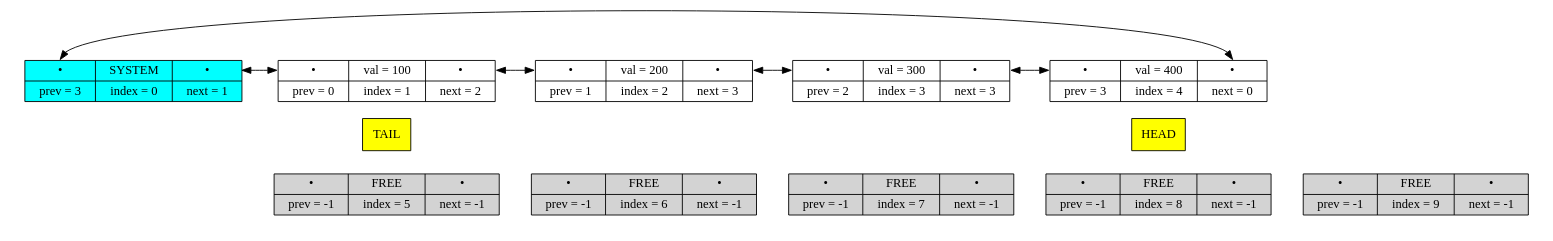
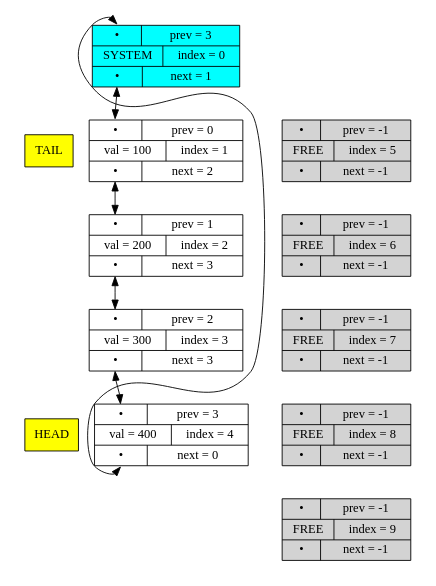
The diagram in g2.dot (T04-ka/LIST), drawn with Graphviz before and after one commit. The commit also changed 8 other files, not shown here.

```diff
--- a/g2.dot
+++ b/g2.dot
@@ -1,52 +1,52 @@
 
 digraph G {
 
-    rankdir = LR;
+    rankdir = TB;
     splines = true;
 
     subgraph cluster_occupied {
 
         style=invis;
 
         node0 [shape=record, style=filled, fillcolor="cyan", height=.1, label="{ { <prev> • | prev = 3} | {SYSTEM | index = 0} | { <next> • | next = 1} }"];
         node1 [shape=record, height=.1, label="{ { <prev> • | prev = 0} | {val = 100 | index = 1} | { <next> • | next = 2} }"];
         node2 [shape=record, height=.1, label="{ { <prev> • | prev = 1} | {val = 200 | index = 2} | { <next> • | next = 3} }"];
         node3 [shape=record, height=.1, label="{ { <prev> • | prev = 2} | {val = 300 | index = 3} | { <next> • | next = 3} }"];
         node4 [shape=record, height=.1, label="{ { <prev> • | prev = 3} | {val = 400 | index = 4} | { <next> • | next = 0} }"];
 
         node0 -> node1 [style=invis, weight=100];
         node1 -> node2 [style=invis, weight=100];
         node2 -> node3 [style=invis, weight=100];
         node3 -> node4 [style=invis, weight=100];
 
         node0:next -> node1:prev [dir=both];
         node1:next -> node2:prev [dir=both];
         node2:next -> node3:prev [dir=both];
         node3:next -> node4:prev [dir=both];
         node4:next -> node0:prev [dir=both];
 
         HEAD [shape=record, style = filled, fillcolor="yellow"];
         TAIL [shape=record, style = filled, fillcolor="yellow"];
 
         {rank=same; node1; TAIL;}
         {rank=same; node4; HEAD;}
     }
 
     subgraph cluster_free {
 
         style=invis;
 
         node5 [shape=record, style=filled, fillcolor="lightgray", height=.1, label="{ { <prev> • | prev = -1} | {FREE | index = 5} | { <next> • | next = -1} }"];
         node6 [shape=record, style=filled, fillcolor="lightgray", height=.1, label="{ { <prev> • | prev = -1} | {FREE | index = 6} | { <next> • | next = -1} }"];
         node7 [shape=record, style=filled, fillcolor="lightgray", height=.1, label="{ { <prev> • | prev = -1} | {FREE | index = 7} | { <next> • | next = -1} }"];
         node8 [shape=record, style=filled, fillcolor="lightgray", height=.1, label="{ { <prev> • | prev = -1} | {FREE | index = 8} | { <next> • | next = -1} }"];
         node9 [shape=record, style=filled, fillcolor="lightgray", height=.1, label="{ { <prev> • | prev = -1} | {FREE | index = 9} | { <next> • | next = -1} }"];
 
         node5 -> node6 [style=invis, weight=100];
         node6 -> node7 [style=invis, weight=100];
         node7 -> node8 [style=invis, weight=100];
         node8 -> node9 [style=invis, weight=100];
     }
 
     node0 -> node5 [style=invis];
 }
```
